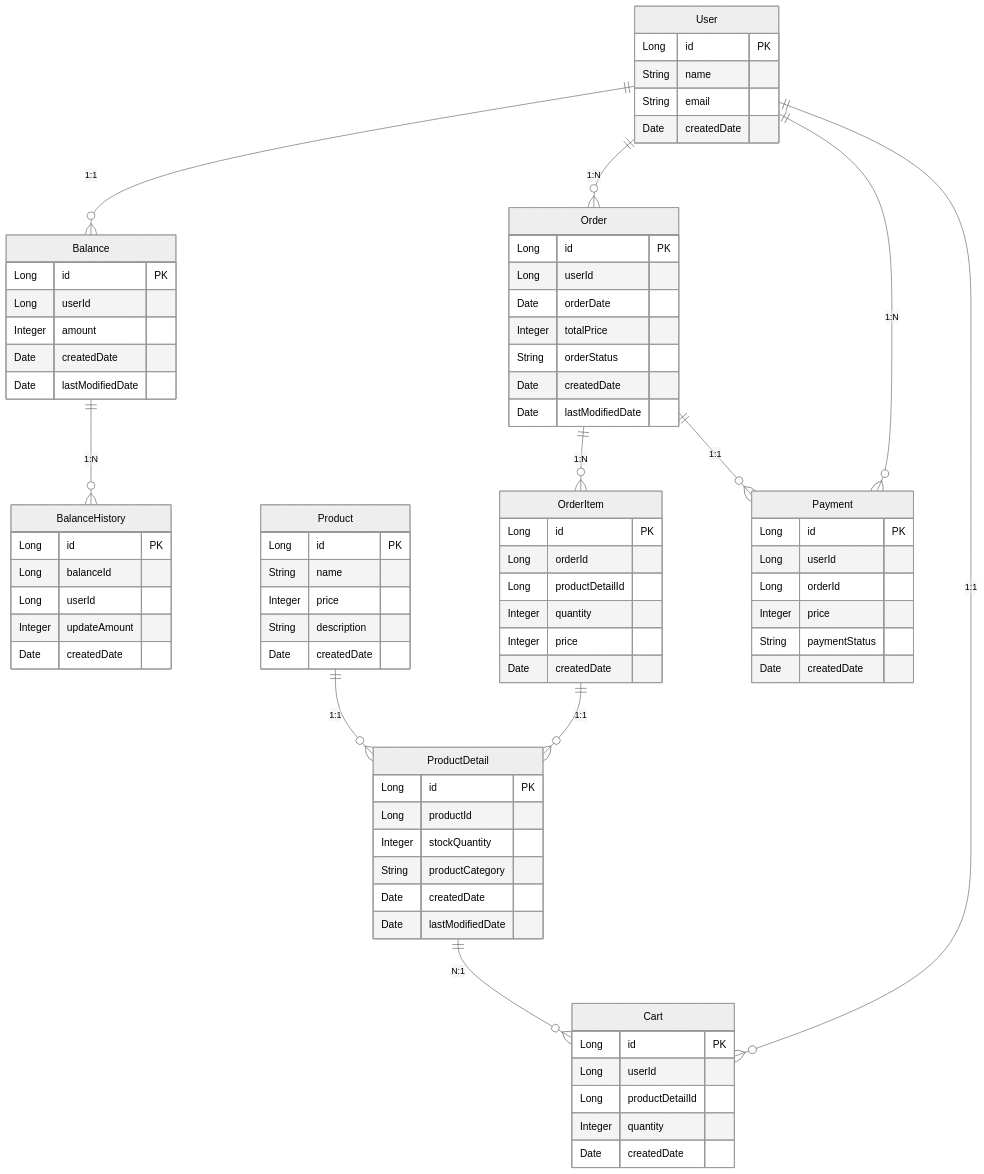
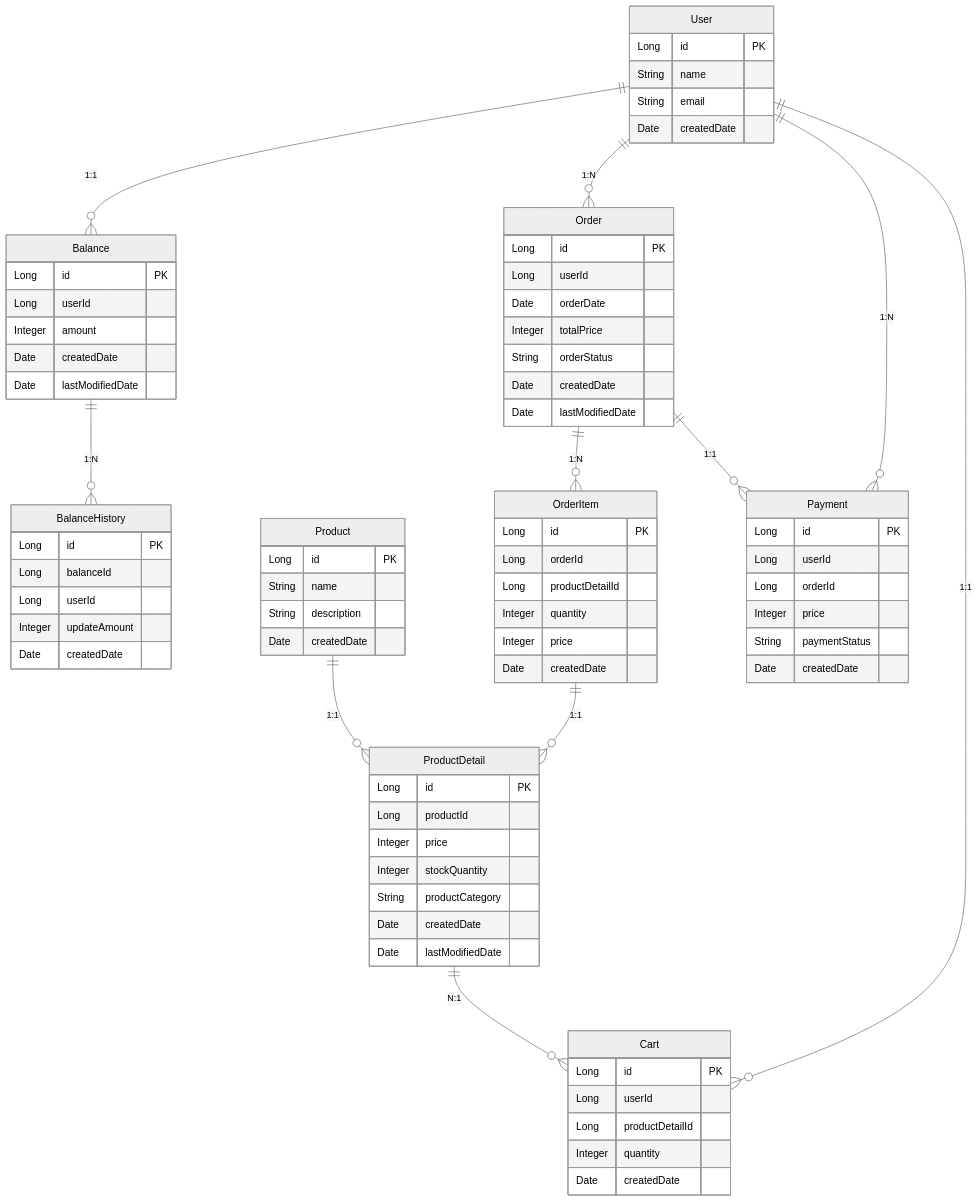
One commit to lgm1007/hhplus_ecommerce changed the diagram in docs/ERD.md. Above: the diagram before and after it, drawn with Mermaid (neutral theme). The commit also changed other lines of this file, not shown here.

Commit message:
docs: ERD Product, ProductDetail 컬럼 스펙 변경

```diff
--- a/docs/ERD.md
+++ b/docs/ERD.md
@@ -27,7 +27,6 @@
     Product {
         Long id PK
         String name
-        Integer price
         String description
         Date createdDate
     }
@@ -35,6 +34,7 @@
     ProductDetail {
         Long id PK
         Long productId
+        Integer price
         Integer stockQuantity
         String productCategory
         Date createdDate
```
